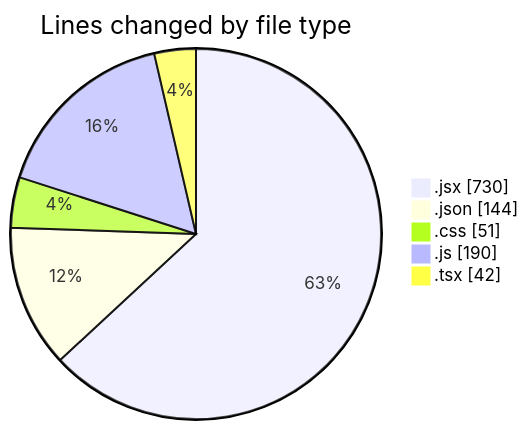
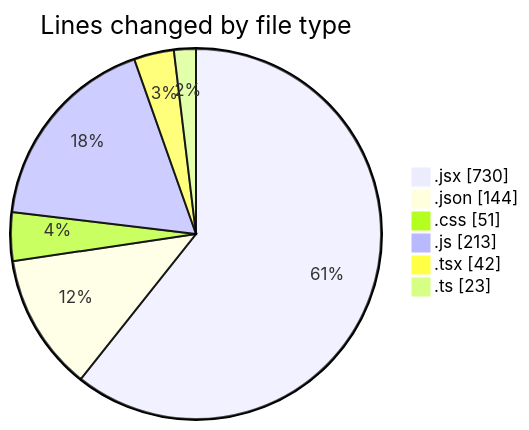
One commit to momahboobian/code-tracking changed the first of 2 diagrams in 2026-03-19/commonwealth-front-end-task/README.md. Above: the diagram before and after it, drawn with Mermaid. The commit also changed other lines of this file and 1 other file, not shown here.

````diff
--- a/2026-03-19/commonwealth-front-end-task/README.md
+++ b/2026-03-19/commonwealth-front-end-task/README.md
@@ -27,9 +29,10 @@
 ```mermaid
 pie showData
 title Lines changed by file type
 ".jsx" : 730
 ".json" : 144
 ".css" : 51
-".js" : 190
+".js" : 213
 ".tsx" : 42
+".ts" : 23
 ```
````
